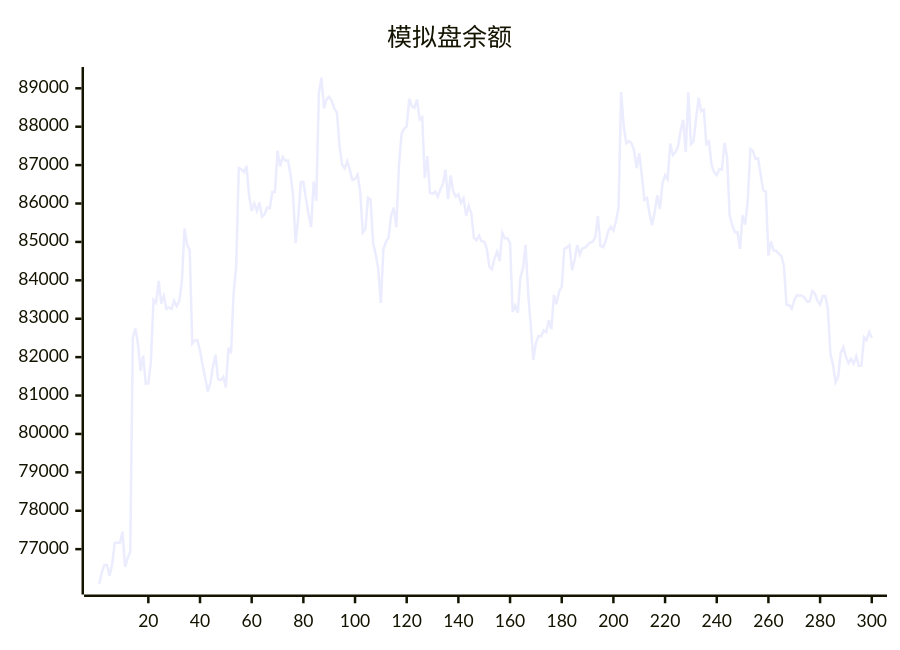
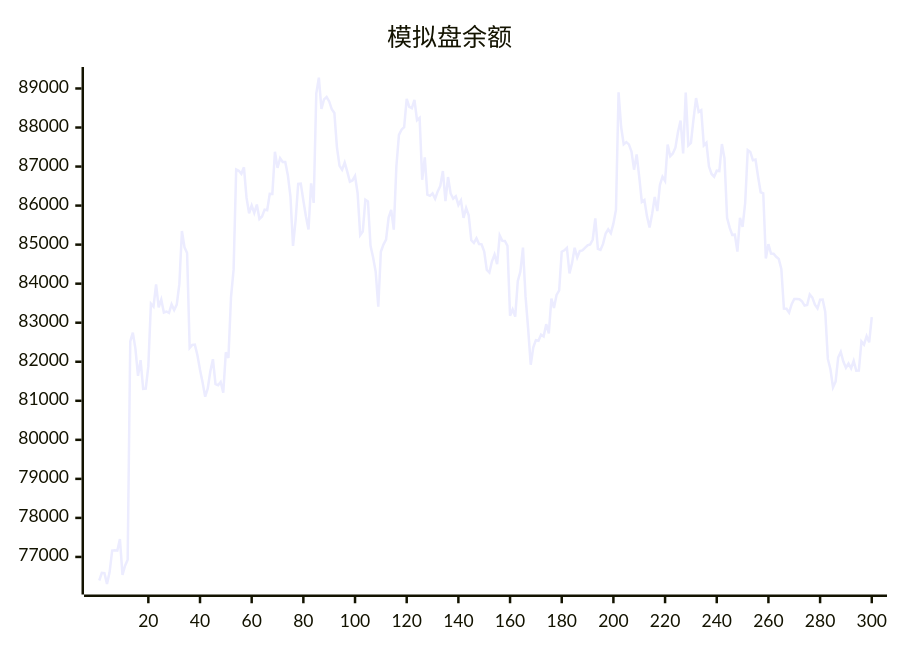
One commit to aahl/ai-trading changed the diagram in README.md. Above: the diagram before and after it, drawn with Mermaid. The commit also changed other lines of this file and 1 other file, not shown here.

````diff
--- a/README.md
+++ b/README.md
@@ -5,5 +5,5 @@
 ```mermaid
 xychart
     title "模拟盘余额"
-    line [76096,76397,76594,76585,76310,76607,77160,77170,77160,77456,76541,76774,76927,82520,82744,82337,81639,82040,81307,81314,81887,83490,83414,83984,83396,83594,83261,83287,83253,83470,83327,83465,83987,85348,84930,84786,82355,82433,82438,82167,81795,81466,81105,81315,81756,82064,81426,81398,81481,81210,82242,82099,83658,84359,86925,86892,86814,86980,86203,85802,86003,85811,86028,85657,85721,85896,85880,86300,86299,87378,86965,87214,87115,87118,86780,86238,84966,85623,86555,86562,86129,85722,85387,86569,86070,88870,89278,88477,88720,88781,88668,88467,88372,87493,87018,86917,87102,86870,86613,86644,86758,86317,85242,85334,86149,86106,84968,84671,84302,83410,84816,85001,85127,85693,85891,85384,87001,87811,87945,88007,88734,88528,88495,88705,88189,88248,86662,87234,86279,86251,86314,86177,86364,86503,86886,86114,86731,86310,86176,86240,86017,86136,85685,85938,85749,85111,85044,85164,85016,85008,84824,84354,84287,84572,84745,84500,85234,85096,85095,84970,83180,83338,83157,84070,84309,84922,83667,82850,81924,82369,82552,82539,82695,82648,82962,82728,83619,83378,83710,83825,84819,84854,84917,84265,84527,84919,84668,84834,84850,84916,84981,85004,85131,85674,84891,84864,85019,85284,85393,85294,85538,85894,88904,88012,87567,87625,87568,87386,86920,87313,86737,86094,86143,85725,85437,85787,86219,85859,86526,86740,86630,87563,87264,87335,87483,87886,88180,87335,88894,87544,87608,88207,88755,88401,88444,87543,87608,87000,86810,86740,86894,86884,87576,87209,85686,85435,85251,85255,84820,85689,85453,86066,87420,87373,87161,87178,86740,86341,86315,84643,85012,84772,84768,84690,84635,84376,83360,83357,83259,83474,83608,83606,83602,83548,83440,83454,83724,83644,83464,83365,83590,83592,83275,82072,81806,81344,81492,82109,82254,82006,81848,81955,81829,82022,81769,81776,82522,82441,82656,82498]
+    line [76397,76594,76585,76310,76607,77160,77170,77160,77456,76541,76774,76927,82520,82744,82337,81639,82040,81307,81314,81887,83490,83414,83984,83396,83594,83261,83287,83253,83470,83327,83465,83987,85348,84930,84786,82355,82433,82438,82167,81795,81466,81105,81315,81756,82064,81426,81398,81481,81210,82242,82099,83658,84359,86925,86892,86814,86980,86203,85802,86003,85811,86028,85657,85721,85896,85880,86300,86299,87378,86965,87214,87115,87118,86780,86238,84966,85623,86555,86562,86129,85722,85387,86569,86070,88870,89278,88477,88720,88781,88668,88467,88372,87493,87018,86917,87102,86870,86613,86644,86758,86317,85242,85334,86149,86106,84968,84671,84302,83410,84816,85001,85127,85693,85891,85384,87001,87811,87945,88007,88734,88528,88495,88705,88189,88248,86662,87234,86279,86251,86314,86177,86364,86503,86886,86114,86731,86310,86176,86240,86017,86136,85685,85938,85749,85111,85044,85164,85016,85008,84824,84354,84287,84572,84745,84500,85234,85096,85095,84970,83180,83338,83157,84070,84309,84922,83667,82850,81924,82369,82552,82539,82695,82648,82962,82728,83619,83378,83710,83825,84819,84854,84917,84265,84527,84919,84668,84834,84850,84916,84981,85004,85131,85674,84891,84864,85019,85284,85393,85294,85538,85894,88904,88012,87567,87625,87568,87386,86920,87313,86737,86094,86143,85725,85437,85787,86219,85859,86526,86740,86630,87563,87264,87335,87483,87886,88180,87335,88894,87544,87608,88207,88755,88401,88444,87543,87608,87000,86810,86740,86894,86884,87576,87209,85686,85435,85251,85255,84820,85689,85453,86066,87420,87373,87161,87178,86740,86341,86315,84643,85012,84772,84768,84690,84635,84376,83360,83357,83259,83474,83608,83606,83602,83548,83440,83454,83724,83644,83464,83365,83590,83592,83275,82072,81806,81344,81492,82109,82254,82006,81848,81955,81829,82022,81769,81776,82522,82441,82656,82498,83144]
 ```
````
